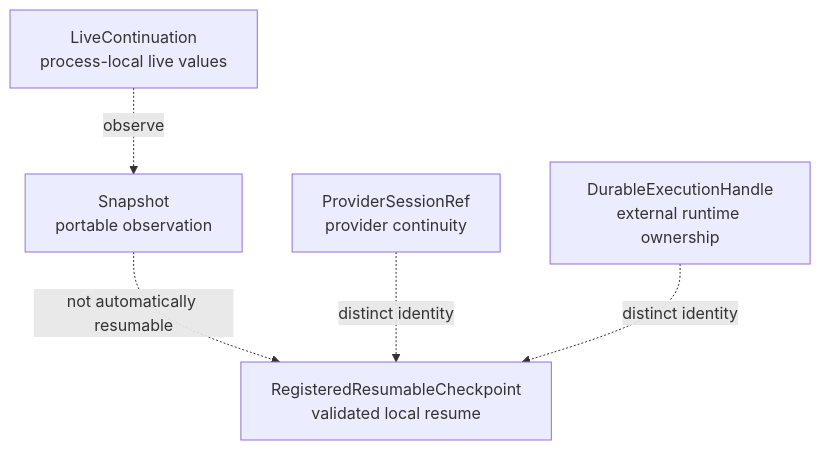
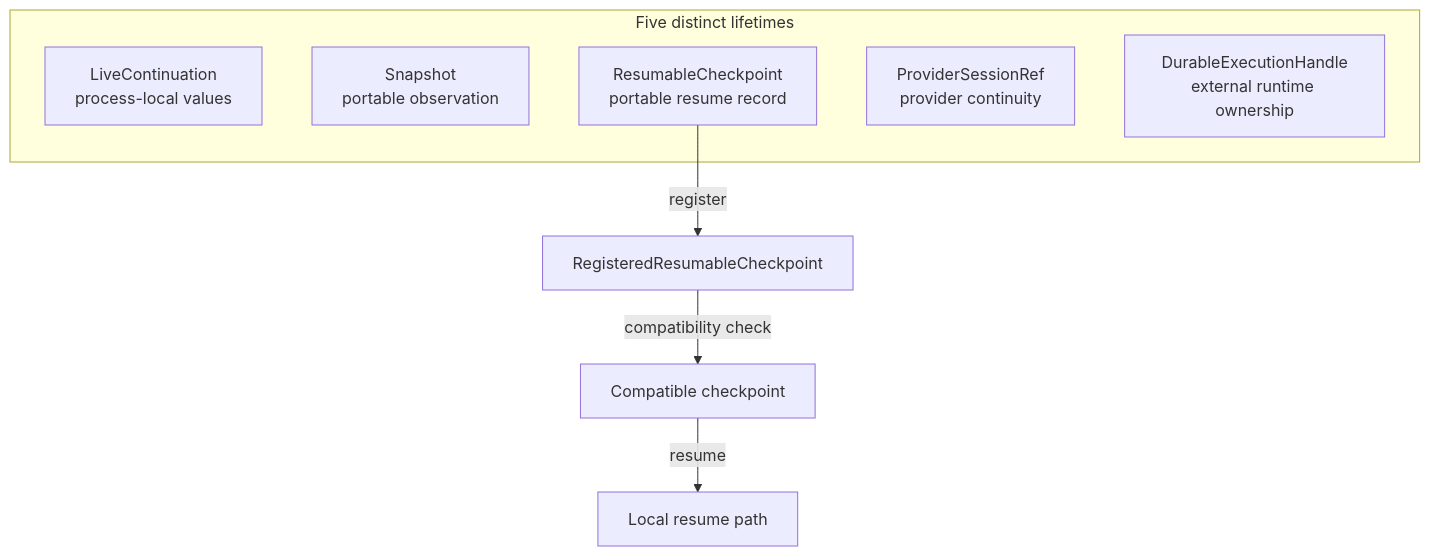
One commit to theGeekist/llm-core changed the diagram in docs/capabilities/state.md. Above: the diagram before and after it, drawn with Mermaid. The commit also changed other lines of this file and 36 other files, not shown here.

Commit message:
docs(llm-core): correct v2 architecture guidance

````diff
--- a/docs/capabilities/state.md
+++ b/docs/capabilities/state.md
@@ -6,13 +6,14 @@
 ```mermaid
-flowchart TD
-  Live["LiveContinuation<br/>process-local live values"]
-  Snapshot["Snapshot<br/>portable observation"]
-  Checkpoint["RegisteredResumableCheckpoint<br/>validated local resume"]
-  Provider["ProviderSessionRef<br/>provider continuity"]
-  Durable["DurableExecutionHandle<br/>external runtime ownership"]
+flowchart TB
+  subgraph lifetimes["Five distinct lifetimes"]
+    Live["LiveContinuation<br/>process-local values"]
+    Snapshot["Snapshot<br/>portable observation"]
+    Checkpoint["ResumableCheckpoint<br/>portable resume record"]
+    Provider["ProviderSessionRef<br/>provider continuity"]
+    Durable["DurableExecutionHandle<br/>external runtime ownership"]
+  end
 
-  Live -. "observe" .-> Snapshot
-  Snapshot -. "not automatically resumable" .-> Checkpoint
-  Provider -. "distinct identity" .-> Checkpoint
-  Durable -. "distinct identity" .-> Checkpoint
+  Checkpoint -->|"register"| Registered["RegisteredResumableCheckpoint"]
+  Registered -->|"compatibility check"| Compatible["Compatible checkpoint"]
+  Compatible -->|"resume"| Resume["Local resume path"]
 ```
````
